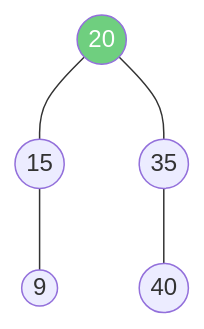
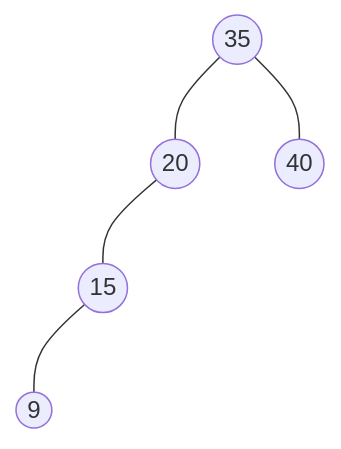
Before and after one commit to frijolitobandido/Guia_Matematica_Discreta: diagram 38 of 39 in 03-arboles.md, drawn with Mermaid. The commit also changed other lines of this file, not shown here.

````diff
--- a/03-arboles.md
+++ b/03-arboles.md
@@ -898,9 +879,12 @@
 ```mermaid
 graph TD
-    n20((20)) --- n15((15))
-    n20 --- n35((35))
-    n15 --- n9((9))
-    n35 --- n40((40))
+    35((35)) --- 20((20))
+    35 --- 40((40))
+    20 --- 15((15))
+    20 --- sp1[" "]:::invis
+    15 --- 9((9))
+    15 --- sp2[" "]:::invis
 
-    style n20 fill:#6fcf7f,color:#fff
+    classDef invis fill:none,stroke:none,color:none
+    linkStyle 3,5 stroke:none;
 ```
````
